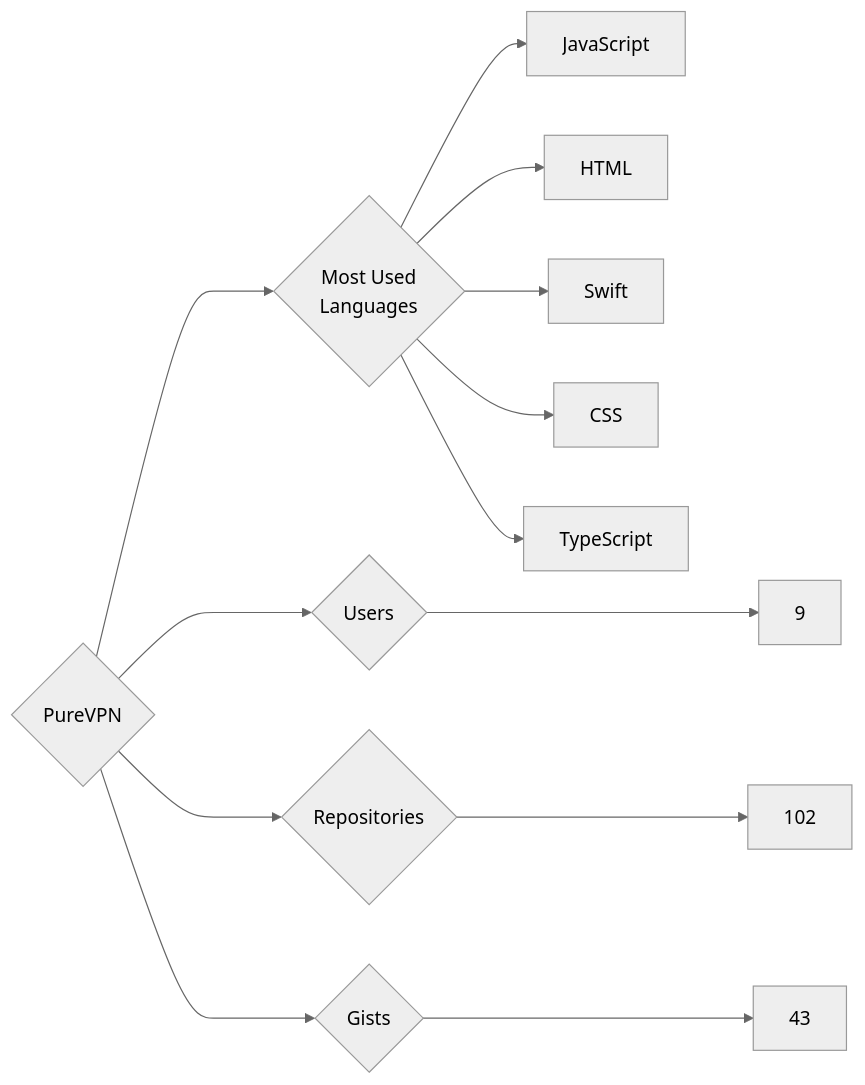
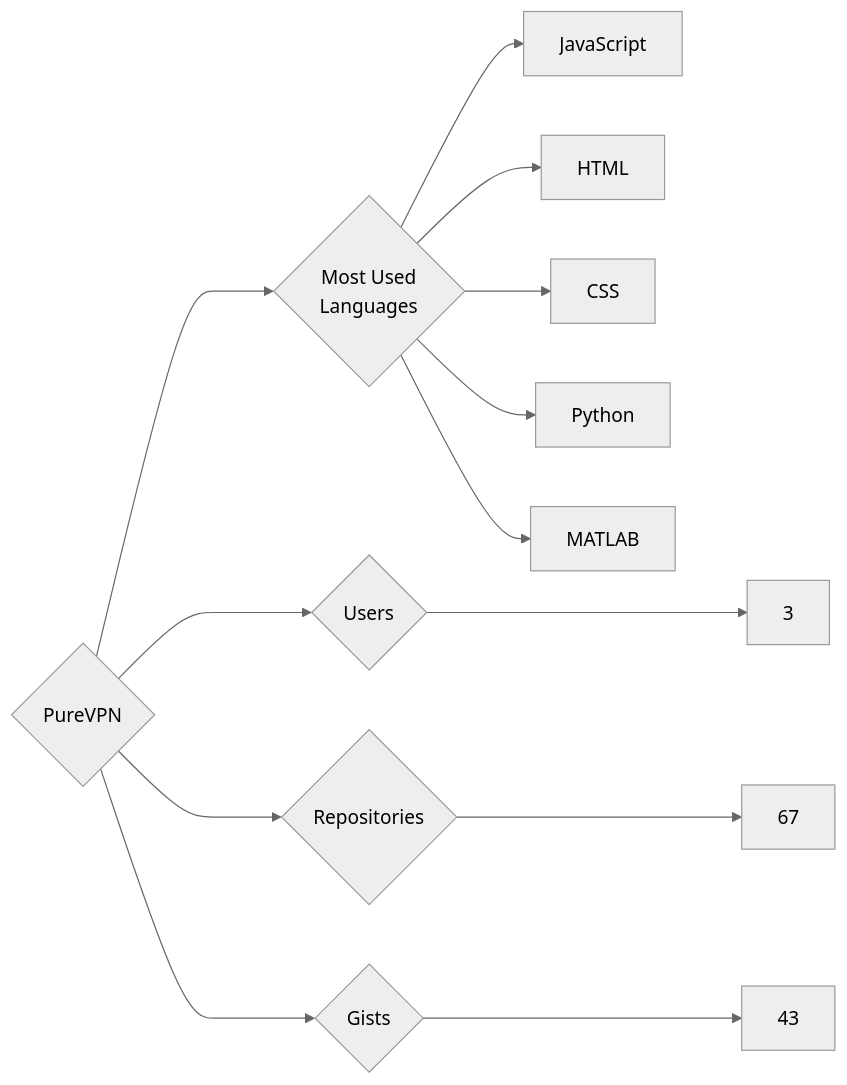
Before and after one commit to trickest/insiders: the diagram in targets/PureVPN/README.md, drawn with Mermaid (neutral theme). The commit also changed 948 other files, not shown here.

````diff
--- a/targets/PureVPN/README.md
+++ b/targets/PureVPN/README.md
@@ -3,13 +3,13 @@
 ```mermaid
 graph LR
 COMPANY_NAME{PureVPN}
-COMPANY_NAME ---> U{Users} ---> UN[9]
-COMPANY_NAME ---> R{Repositories} ---> RN[102]
+COMPANY_NAME ---> U{Users} ---> UN[3]
+COMPANY_NAME ---> R{Repositories} ---> RN[67]
 COMPANY_NAME ---> G{Gists} ---> GN[43]
 COMPANY_NAME ---> ML{Most Used<br>Languages}
 ML --> JavaScript[JavaScript]
 ML --> HTML[HTML]
-ML --> Swift[Swift]
 ML --> CSS[CSS]
-ML --> TypeScript[TypeScript]
+ML --> Python[Python]
+ML --> MATLAB[MATLAB]
 ```
````
